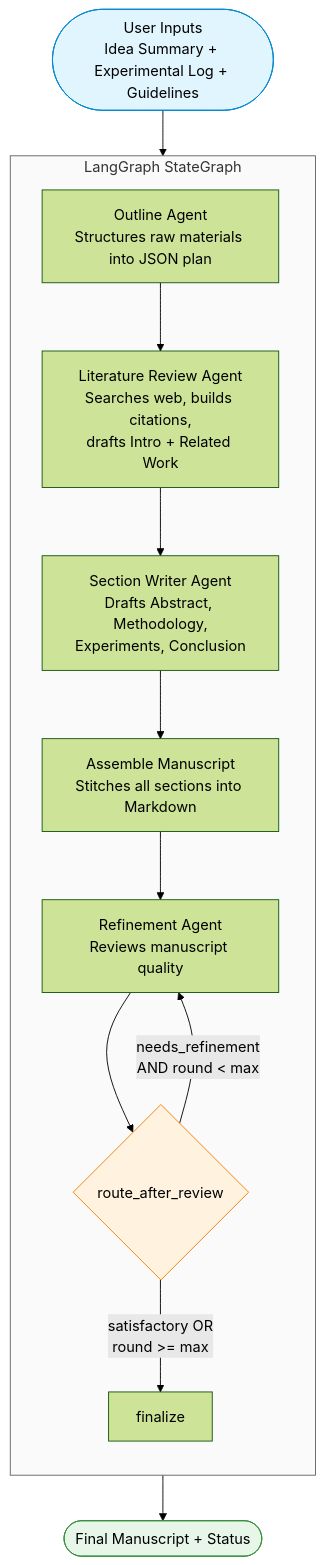
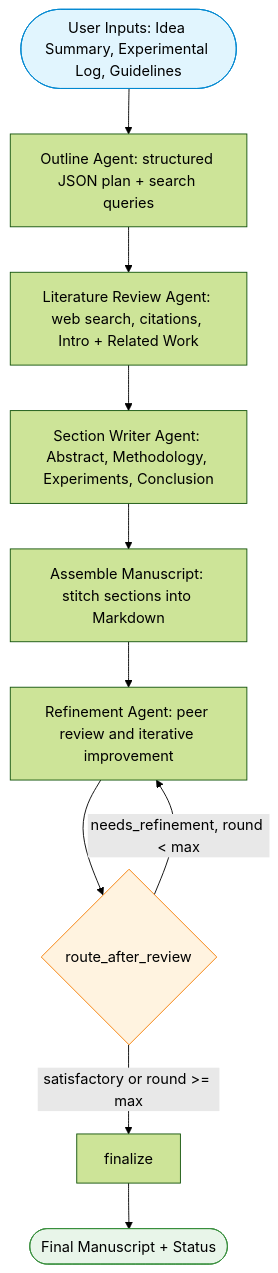
The first of 14 diagrams in notebooks/research_paper_creation/docs/research_paper_agentic_workflow_diagrams.md (dimitarpg13/agentic_architectures_and_design_patterns), drawn with Mermaid (forest theme) before and after one commit. The commit also changed other lines of this file, not shown here.

Commit message:
fix mermaid rendering errors in markdown

````diff
--- a/notebooks/research_paper_creation/docs/research_paper_agentic_workflow_diagrams.md
+++ b/notebooks/research_paper_creation/docs/research_paper_agentic_workflow_diagrams.md
@@ -33,29 +33,26 @@
 ```mermaid
 flowchart TD
-    IN(["User Inputs<br/>Idea Summary + Experimental Log + Guidelines"])
-
-    subgraph Pipeline["LangGraph StateGraph"]
-        direction TB
-        OA["Outline Agent<br/>Structures raw materials into JSON plan"]
-        LRA["Literature Review Agent<br/>Searches web, builds citations,<br/>drafts Intro + Related Work"]
-        SWA["Section Writer Agent<br/>Drafts Abstract, Methodology,<br/>Experiments, Conclusion"]
-        ASM["Assemble Manuscript<br/>Stitches all sections into Markdown"]
-        REV["Refinement Agent<br/>Reviews manuscript quality"]
-        ROUTE{"route_after_review"}
-        FIN["finalize"]
-
-        OA --> LRA --> SWA --> ASM --> REV --> ROUTE
-        ROUTE -->|"needs_refinement<br/>AND round < max"| REV
-        ROUTE -->|"satisfactory OR<br/>round >= max"| FIN
-    end
-
+    IN(["User Inputs: Idea Summary, Experimental Log, Guidelines"])
+    OA["Outline Agent: structured JSON plan + search queries"]
+    LRA["Literature Review Agent: web search, citations, Intro + Related Work"]
+    SWA["Section Writer Agent: Abstract, Methodology, Experiments, Conclusion"]
+    ASM["Assemble Manuscript: stitch sections into Markdown"]
+    REV["Refinement Agent: peer review and iterative improvement"]
+    ROUTE{"route_after_review"}
+    FIN["finalize"]
     OUT(["Final Manuscript + Status"])
 
     IN --> OA
+    OA --> LRA
+    LRA --> SWA
+    SWA --> ASM
+    ASM --> REV
+    REV --> ROUTE
+    ROUTE -->|"needs_refinement, round < max"| REV
+    ROUTE -->|"satisfactory or round >= max"| FIN
     FIN --> OUT
 
     style IN fill:#e1f5fe,stroke:#0288d1
     style OUT fill:#e8f5e9,stroke:#388e3c
     style ROUTE fill:#fff3e0,stroke:#f57c00
-    style Pipeline fill:#fafafa,stroke:#616161
 ```
````
